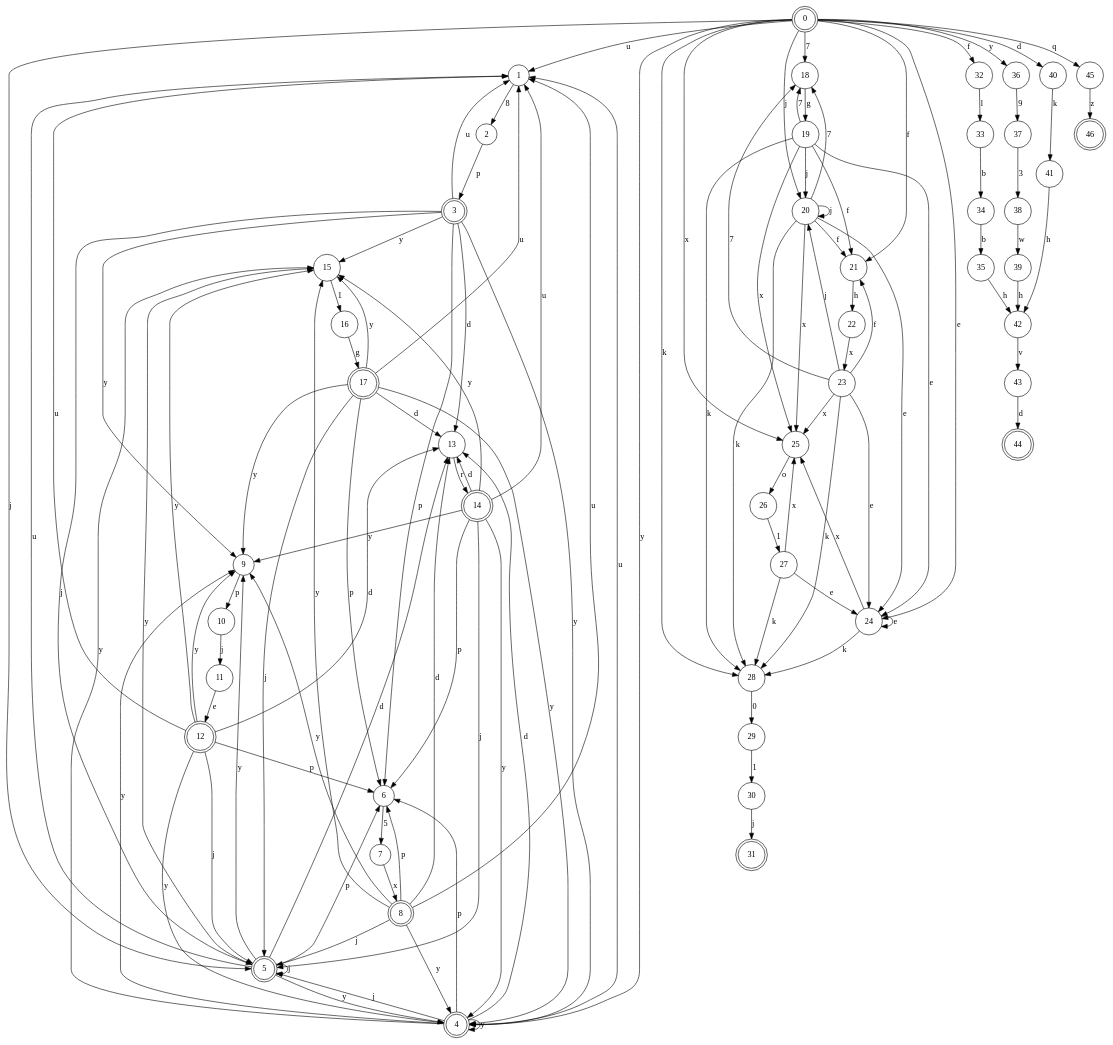
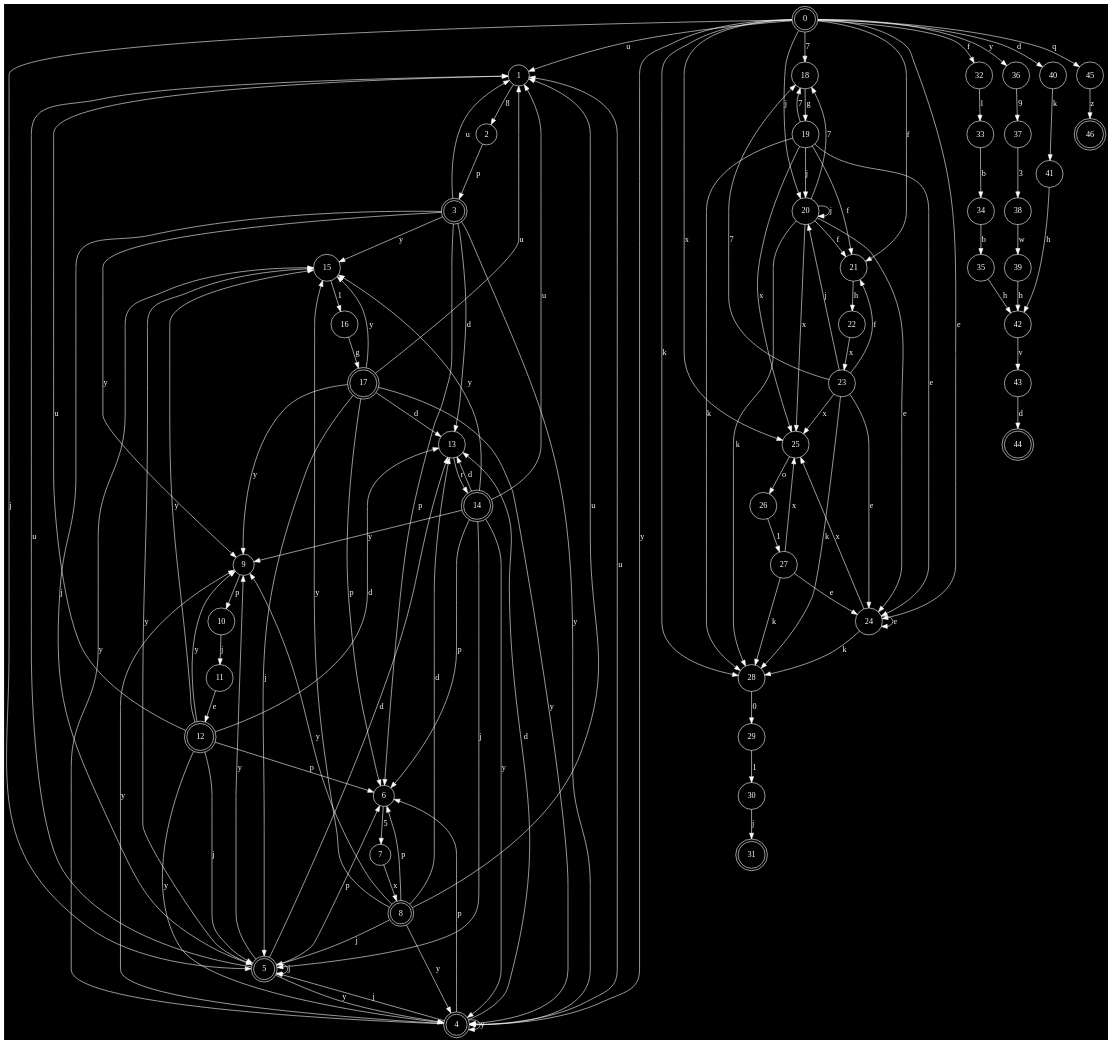
One commit to TomC333/Regex-To-DFA changed the diagram in Regex-To-DFA/dfa.dot. Above: the diagram before and after it, drawn with Graphviz. The commit also changed 62 other files, not shown here.

```diff
--- a/Regex-To-DFA/dfa.dot
+++ b/Regex-To-DFA/dfa.dot
@@ -1,166 +1,169 @@
 digraph DFA {
+  graph [bgcolor=black];
+  node [color=white, fontcolor=white];
+  edge [color=white, fontcolor=white];
   0 [shape=doublecircle];
   1 [shape=circle];
   2 [shape=circle];
   3 [shape=doublecircle];
   4 [shape=doublecircle];
   5 [shape=doublecircle];
   6 [shape=circle];
   7 [shape=circle];
   8 [shape=doublecircle];
   9 [shape=circle];
   10 [shape=circle];
   11 [shape=circle];
   12 [shape=doublecircle];
   13 [shape=circle];
   14 [shape=doublecircle];
   15 [shape=circle];
   16 [shape=circle];
   17 [shape=doublecircle];
   18 [shape=circle];
   19 [shape=circle];
   20 [shape=circle];
   21 [shape=circle];
   22 [shape=circle];
   23 [shape=circle];
   24 [shape=circle];
   25 [shape=circle];
   26 [shape=circle];
   27 [shape=circle];
   28 [shape=circle];
   29 [shape=circle];
   30 [shape=circle];
   31 [shape=doublecircle];
   32 [shape=circle];
   33 [shape=circle];
   34 [shape=circle];
   35 [shape=circle];
   36 [shape=circle];
   37 [shape=circle];
   38 [shape=circle];
   39 [shape=circle];
   40 [shape=circle];
   41 [shape=circle];
   42 [shape=circle];
   43 [shape=circle];
   44 [shape=doublecircle];
   45 [shape=circle];
   46 [shape=doublecircle];
   0 -> 1 [label="u"];
   0 -> 4 [label="y"];
   0 -> 5 [label="j"];
   0 -> 18 [label="7"];
   0 -> 20 [label="j"];
   0 -> 21 [label="f"];
   0 -> 24 [label="e"];
   0 -> 25 [label="x"];
   0 -> 28 [label="k"];
   0 -> 32 [label="f"];
   0 -> 36 [label="y"];
   0 -> 40 [label="d"];
   0 -> 45 [label="q"];
   1 -> 2 [label="8"];
   2 -> 3 [label="p"];
   3 -> 6 [label="p"];
   3 -> 9 [label="y"];
   3 -> 13 [label="d"];
   3 -> 15 [label="y"];
   3 -> 1 [label="u"];
   3 -> 4 [label="y"];
   3 -> 5 [label="j"];
   4 -> 6 [label="p"];
   4 -> 9 [label="y"];
   4 -> 13 [label="d"];
   4 -> 15 [label="y"];
   4 -> 1 [label="u"];
   4 -> 4 [label="y"];
   4 -> 5 [label="j"];
   5 -> 6 [label="p"];
   5 -> 9 [label="y"];
   5 -> 13 [label="d"];
   5 -> 15 [label="y"];
   5 -> 1 [label="u"];
   5 -> 4 [label="y"];
   5 -> 5 [label="j"];
   6 -> 7 [label="5"];
   7 -> 8 [label="x"];
   8 -> 6 [label="p"];
   8 -> 9 [label="y"];
   8 -> 13 [label="d"];
   8 -> 15 [label="y"];
   8 -> 1 [label="u"];
   8 -> 4 [label="y"];
   8 -> 5 [label="j"];
   9 -> 10 [label="p"];
   10 -> 11 [label="j"];
   11 -> 12 [label="e"];
   12 -> 6 [label="p"];
   12 -> 9 [label="y"];
   12 -> 13 [label="d"];
   12 -> 15 [label="y"];
   12 -> 1 [label="u"];
   12 -> 4 [label="y"];
   12 -> 5 [label="j"];
   13 -> 14 [label="r"];
   14 -> 13 [label="d"];
   14 -> 6 [label="p"];
   14 -> 9 [label="y"];
   14 -> 15 [label="y"];
   14 -> 1 [label="u"];
   14 -> 4 [label="y"];
   14 -> 5 [label="j"];
   15 -> 16 [label="1"];
   16 -> 17 [label="g"];
   17 -> 6 [label="p"];
   17 -> 9 [label="y"];
   17 -> 13 [label="d"];
   17 -> 15 [label="y"];
   17 -> 1 [label="u"];
   17 -> 4 [label="y"];
   17 -> 5 [label="j"];
   18 -> 19 [label="g"];
   19 -> 18 [label="7"];
   19 -> 20 [label="j"];
   19 -> 21 [label="f"];
   19 -> 24 [label="e"];
   19 -> 25 [label="x"];
   19 -> 28 [label="k"];
   20 -> 20 [label="j"];
   20 -> 18 [label="7"];
   20 -> 21 [label="f"];
   20 -> 24 [label="e"];
   20 -> 25 [label="x"];
   20 -> 28 [label="k"];
   21 -> 22 [label="h"];
   22 -> 23 [label="x"];
   23 -> 18 [label="7"];
   23 -> 20 [label="j"];
   23 -> 21 [label="f"];
   23 -> 24 [label="e"];
   23 -> 25 [label="x"];
   23 -> 28 [label="k"];
   24 -> 24 [label="e"];
   24 -> 25 [label="x"];
   24 -> 28 [label="k"];
   25 -> 26 [label="o"];
   26 -> 27 [label="1"];
   27 -> 24 [label="e"];
   27 -> 25 [label="x"];
   27 -> 28 [label="k"];
   28 -> 29 [label="0"];
   29 -> 30 [label="1"];
   30 -> 31 [label="j"];
   32 -> 33 [label="l"];
   33 -> 34 [label="b"];
   34 -> 35 [label="b"];
   35 -> 42 [label="h"];
   36 -> 37 [label="9"];
   37 -> 38 [label="3"];
   38 -> 39 [label="w"];
   39 -> 42 [label="h"];
   40 -> 41 [label="k"];
   41 -> 42 [label="h"];
   42 -> 43 [label="v"];
   43 -> 44 [label="d"];
   45 -> 46 [label="z"];
 }
```
